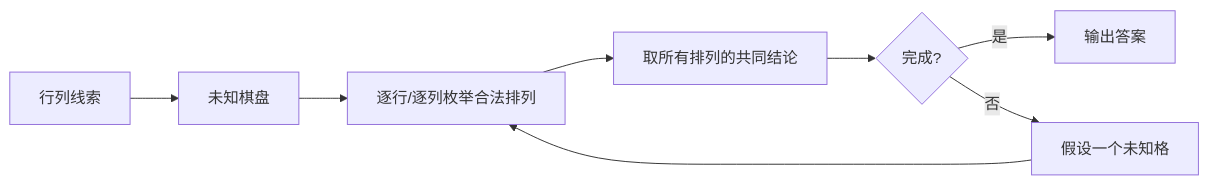
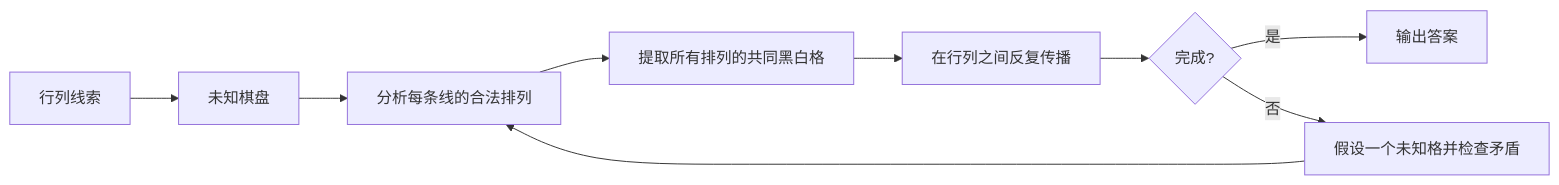
The diagram in packages/nonogram/docs/strategies.md (HakurouKen/puzzle-solver), drawn with Mermaid before and after one commit. The commit also changed other lines of this file and 3 other files, not shown here.

````diff
--- a/packages/nonogram/docs/strategies.md
+++ b/packages/nonogram/docs/strategies.md
@@ -9,10 +9,11 @@
 ```mermaid
 flowchart LR
   A[行列线索] --> B[未知棋盘]
-  B --> C[逐行/逐列枚举合法排列]
-  C --> D[取所有排列的共同结论]
-  D --> E{完成?}
-  E -- 是 --> F[输出答案]
-  E -- 否 --> G[假设一个未知格]
-  G --> C
+  B --> C[分析每条线的合法排列]
+  C --> D[提取所有排列的共同黑白格]
+  D --> E[在行列之间反复传播]
+  E --> F{完成?}
+  F -- 是 --> G[输出答案]
+  F -- 否 --> H[假设一个未知格并检查矛盾]
+  H --> C
 ```
````
